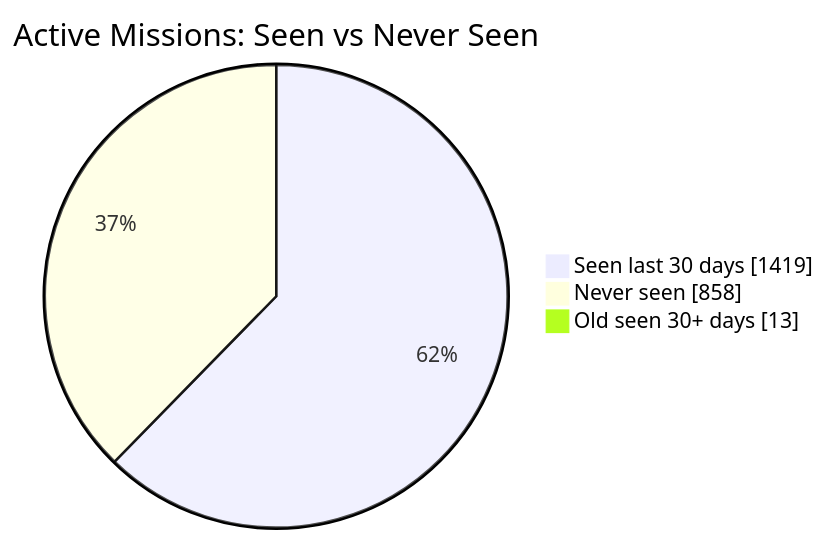
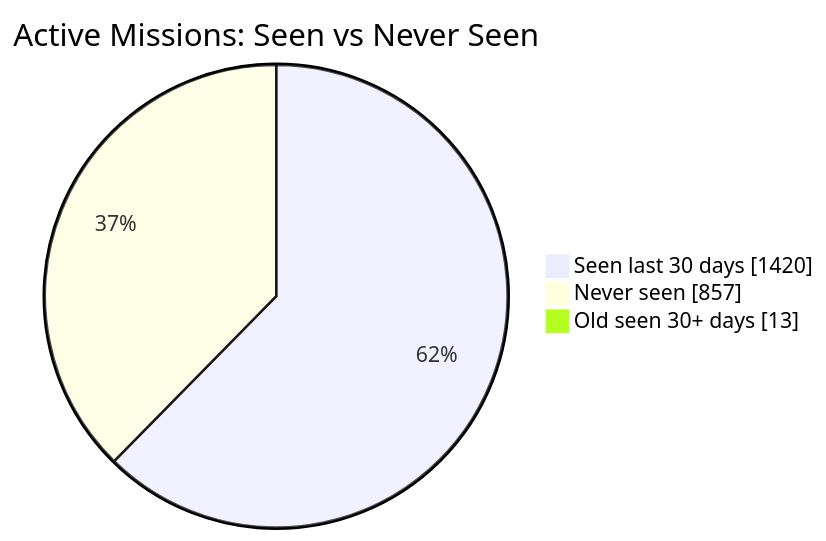
Before and after one commit to MeldkamerspelGameTeam/active-missions: the first of 2 diagrams in README.md, drawn with Mermaid. The commit also changed other lines of this file and 2 other files, not shown here.

````diff
--- a/README.md
+++ b/README.md
@@ -34,7 +34,7 @@
 ```mermaid
 pie showData
     title Active Missions: Seen vs Never Seen
-    "Seen last 30 days" : 1419
-    "Never seen" : 858
+    "Seen last 30 days" : 1420
+    "Never seen" : 857
     "Old seen 30+ days" : 13
 ```
````
